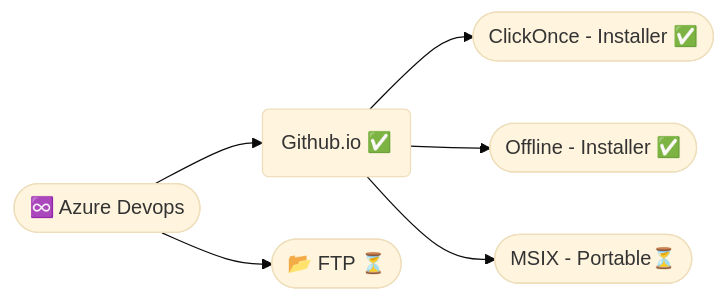
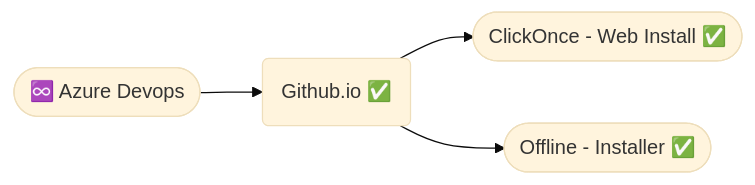
One commit to ardhagp/ingrid changed the second of 2 diagrams in README.md. Above: the diagram before and after it, drawn with Mermaid (base theme). The commit also changed other lines of this file, not shown here.

````diff
--- a/README.md
+++ b/README.md
@@ -100,8 +100,6 @@
 ```mermaid
 flowchart LR
 id1([♾️ Azure Devops]) --> id20(📦 Github.io ✅)
-id1([♾️ Azure Devops]) --> id21([📂 FTP ⏳])
-id20(Github.io ✅) --> id30([ClickOnce - Installer ✅])
+id20(Github.io ✅) --> id30([ClickOnce - Web Install ✅])
 id20(Github.io ✅) --> id31([Offline - Installer ✅])
-id20(Github.io ✅) --> id32([MSIX - Portable⏳])
 ```
````
